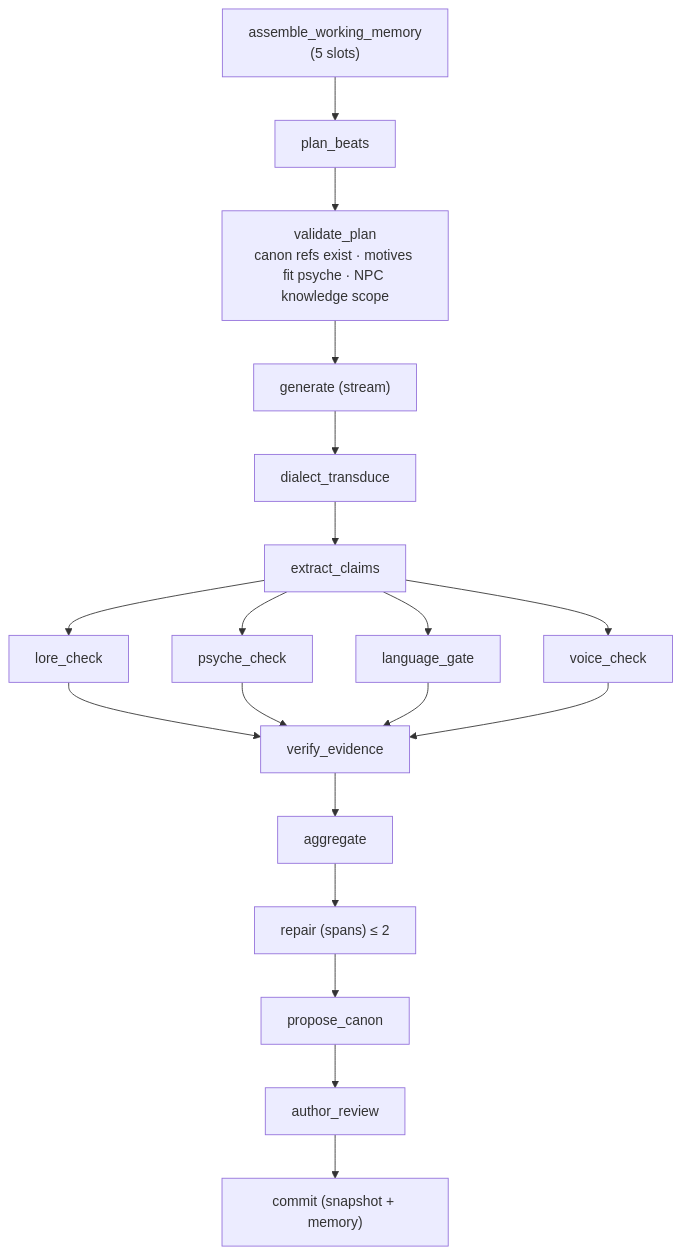
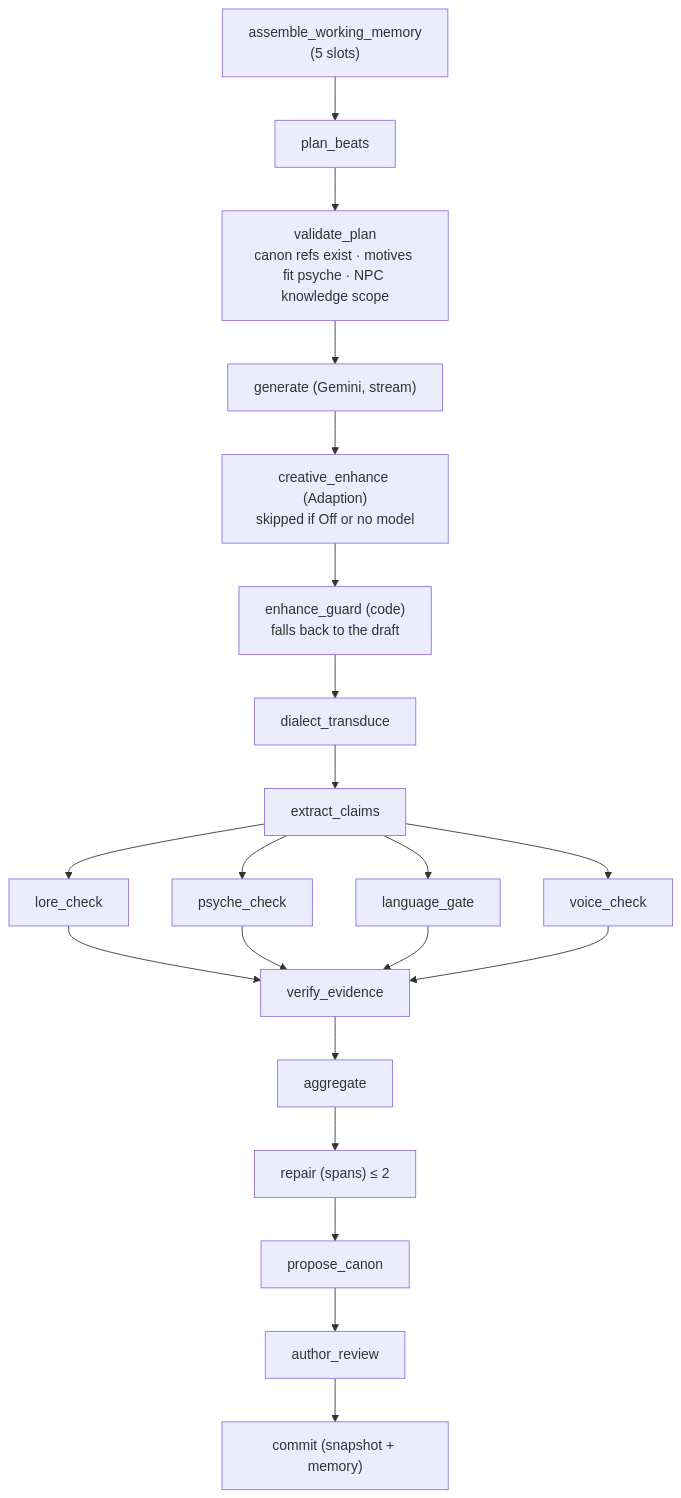
One commit to sahinurrahman-debug/ChronicleDeck changed the second of 2 diagrams in docs/architecture.md. Above: the diagram before and after it, drawn with Mermaid. The commit also changed other lines of this file and 68 other files, not shown here.

````diff
--- a/docs/architecture.md
+++ b/docs/architecture.md
@@ -34,15 +34,17 @@
 ```mermaid
 flowchart TD
   A["assemble_working_memory<br/>(5 slots)"] --> B[plan_beats]
   B --> C["validate_plan<br/>canon refs exist · motives fit psyche · NPC knowledge scope"]
-  C --> D["generate (stream)"]
-  D --> E[dialect_transduce]
+  C --> D["generate (Gemini, stream)"]
+  D --> D2["creative_enhance (Adaption)<br/>skipped if Off or no model"]
+  D2 --> D3["enhance_guard (code)<br/>falls back to the draft"]
+  D3 --> E[dialect_transduce]
   E --> F[extract_claims]
   F --> G[lore_check] & H[psyche_check] & I[language_gate] & J[voice_check]
   G & H & I & J --> K[verify_evidence]
   K --> L[aggregate]
   L --> M["repair (spans) ≤ 2"]
   M --> N[propose_canon]
   N --> O[author_review]
   O --> P["commit (snapshot + memory)"]
 ```
````
